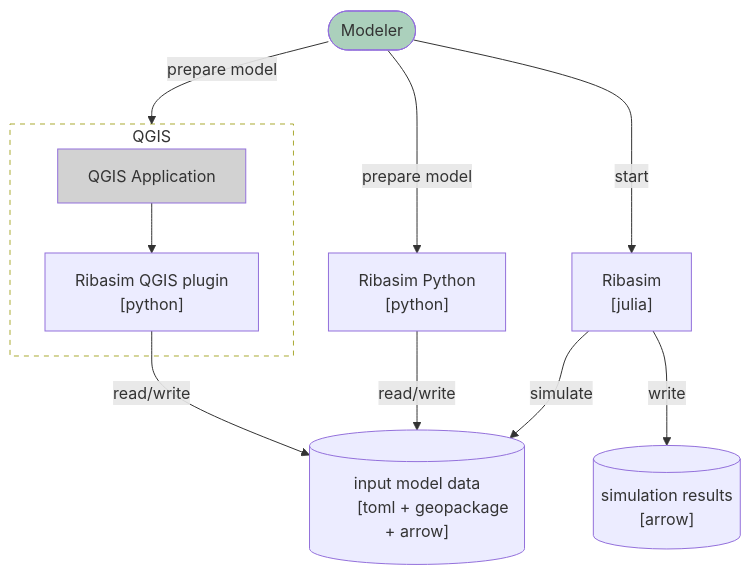
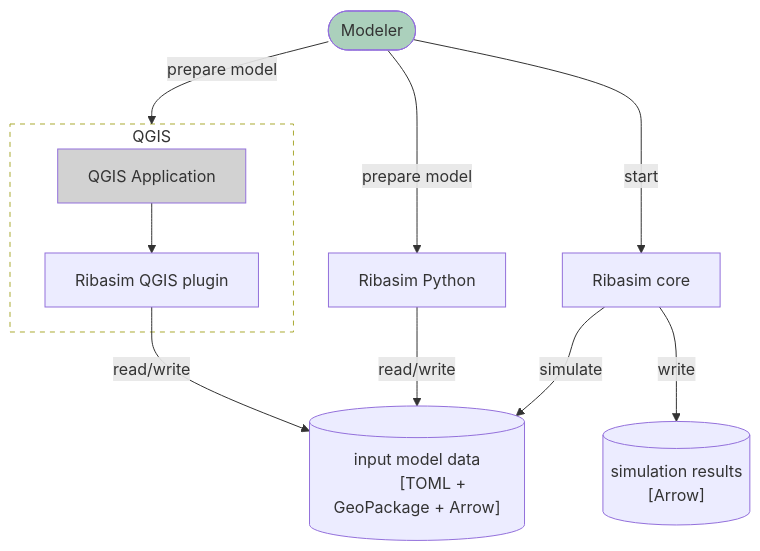
Before and after one commit to Deltares/Ribasim: the diagram in docs/install.qmd, drawn with Mermaid. The commit also changed other lines of this file, not shown here.

Commit message:
Move a more minimal Pixi install to the Python section

````diff
--- a/docs/install.qmd
+++ b/docs/install.qmd
@@ -12,37 +12,34 @@
 ```{mermaid}
 flowchart TB
 modeler([Modeler]):::user
 
-api["Ribasim Python
-    [python]"]
-modeler-->|prepare model|api
+python["Ribasim Python"]
+modeler-->|prepare model|python
 
-ribasim["Ribasim
-        [julia]"]
-modeler-->|start|ribasim
+core["Ribasim core"]
+modeler-->|start|core
 
 subgraph qgisBoundary[QGIS]
     QGIS[QGIS Application]:::system_ext
-    qgisPlugin["Ribasim QGIS plugin
-               [python]"]
+    qgisPlugin["Ribasim QGIS plugin"]
     QGIS-->qgisPlugin
 end
 modeler-->|prepare model|qgisBoundary
 
 model[("input model data
-        [toml + geopackage + arrow]")]
+        [TOML + GeoPackage + Arrow]")]
 qgisPlugin-->|read/write|model
-api-->|read/write|model
-ribasim-->|simulate|model
+python-->|read/write|model
+core-->|simulate|model
 
 output[("simulation results
-         [arrow]")]
-ribasim-->|write|output
+         [Arrow]")]
+core-->|write|output
 
 class qgisBoundary boundary
 
 %% class definitions for C4 model
 classDef user fill:#ABD0BC
 classDef system_ext fill:#D2D2D2
 classDef boundary fill:transparent,stroke-dasharray:5 5
 ```
````
